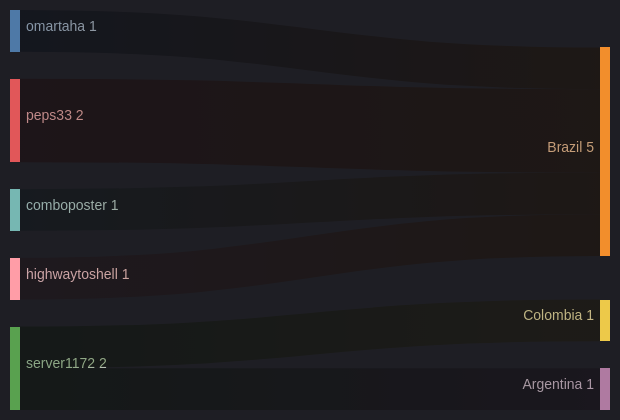
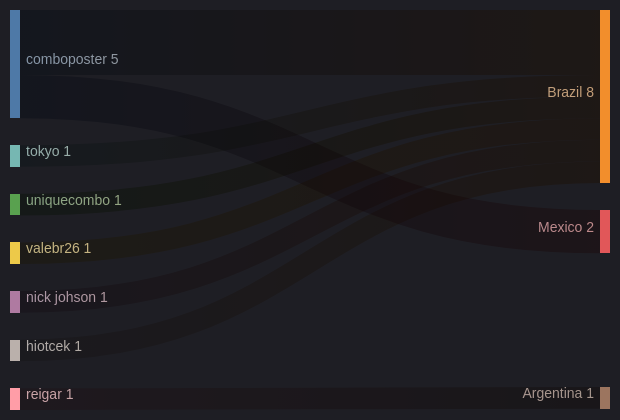
Before and after one commit to ZoqueLabs/website: the fifth of 5 diagrams in exfiltradaz.md, drawn with Mermaid. The commit also changed other lines of this file and 1 other file, not shown here.

````diff
--- a/exfiltradaz.md
+++ b/exfiltradaz.md
@@ -119,13 +122,15 @@
 ```mermaid
 ---
 config:
   theme: dark
 ---
 sankey-beta
-  omartaha,Brazil,1
-  peps33,Brazil,2
-  comboposter,Brazil,1
-  server1172,Colombia,1
-  server1172,Argentina,1
-  highwaytoshell,Brazil,1
+  comboposter,Brazil,3
+  comboposter,Mexico,2
+  tokyo,Brazil,1
+  uniquecombo,Brazil,1
+  valebr26,Brazil,1
+  nick johson,Brazil,1
+  reigar,Argentina,1
+  hiotcek,Brazil,1
 ```
````
